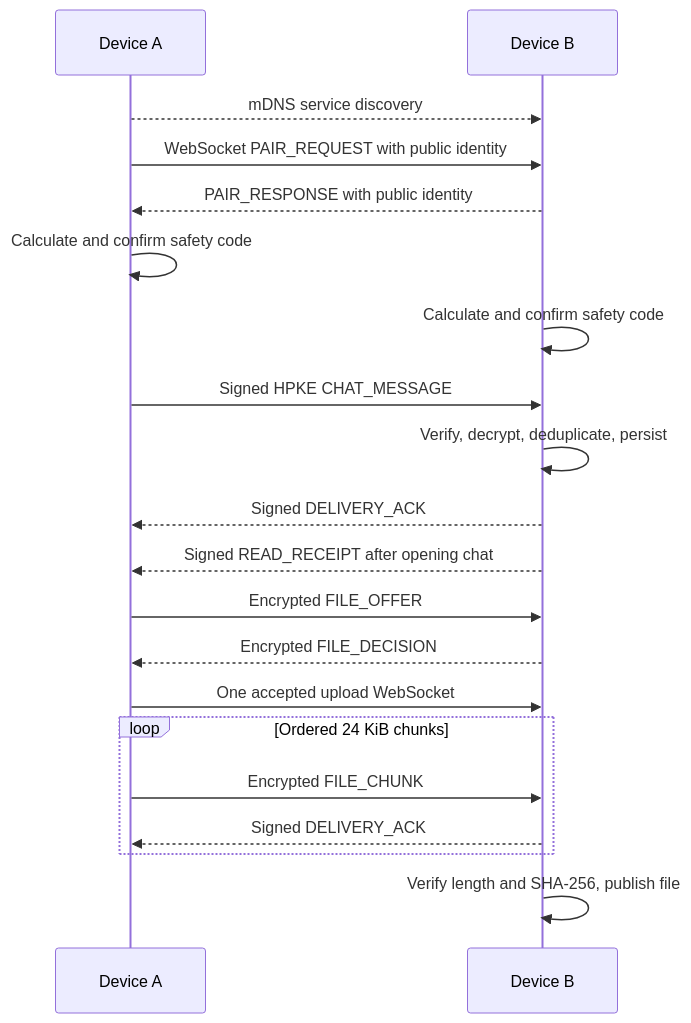
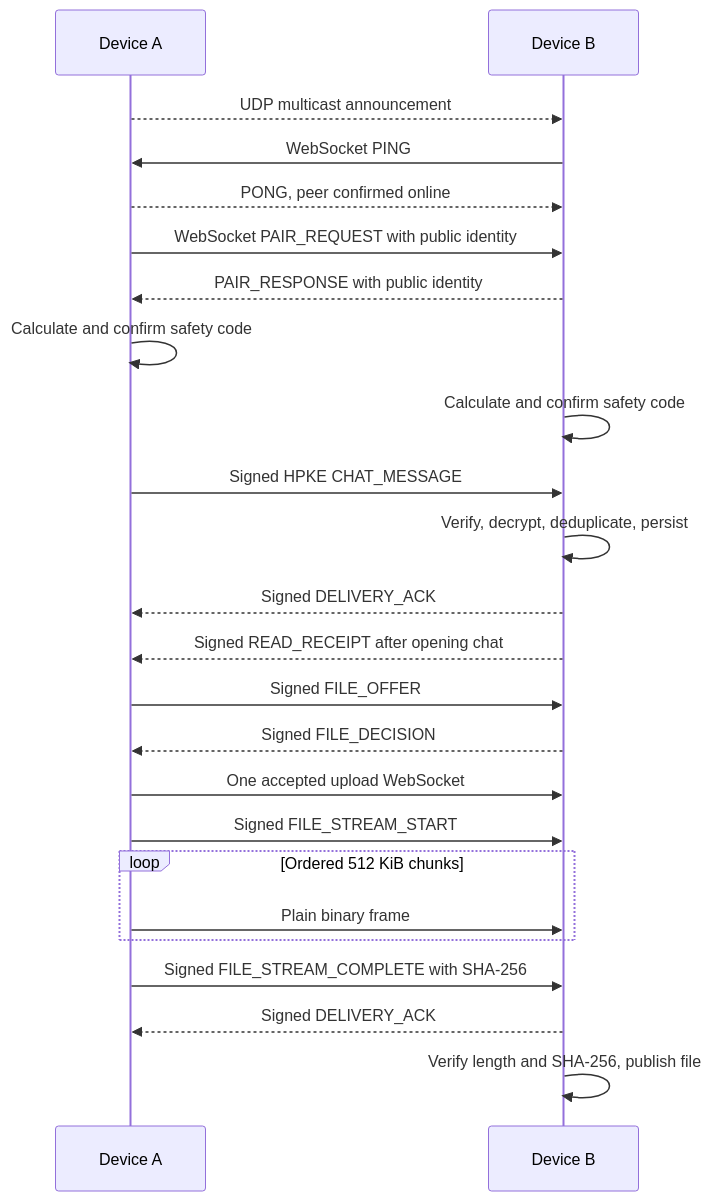
The third of 3 diagrams in docs/ARCHITECTURE.md (x2ink/subnetdrop), drawn with Mermaid before and after one commit. The commit also changed other lines of this file and 39 other files, not shown here.

````diff
--- a/docs/ARCHITECTURE.md
+++ b/docs/ARCHITECTURE.md
@@ -84,22 +86,26 @@
 ```mermaid
 sequenceDiagram
     participant A as Device A
     participant B as Device B
-    A-->>B: mDNS service discovery
+    A-->>B: UDP multicast announcement
+    B->>A: WebSocket PING
+    A-->>B: PONG, peer confirmed online
     A->>B: WebSocket PAIR_REQUEST with public identity
     B-->>A: PAIR_RESPONSE with public identity
     A->>A: Calculate and confirm safety code
     B->>B: Calculate and confirm safety code
     A->>B: Signed HPKE CHAT_MESSAGE
     B->>B: Verify, decrypt, deduplicate, persist
     B-->>A: Signed DELIVERY_ACK
     B-->>A: Signed READ_RECEIPT after opening chat
-    A->>B: Encrypted FILE_OFFER
-    B-->>A: Encrypted FILE_DECISION
+    A->>B: Signed FILE_OFFER
+    B-->>A: Signed FILE_DECISION
     A->>B: One accepted upload WebSocket
-    loop Ordered 24 KiB chunks
-        A->>B: Encrypted FILE_CHUNK
-        B-->>A: Signed DELIVERY_ACK
+    A->>B: Signed FILE_STREAM_START
+    loop Ordered 512 KiB chunks
+        A->>B: Plain binary frame
     end
+    A->>B: Signed FILE_STREAM_COMPLETE with SHA-256
+    B-->>A: Signed DELIVERY_ACK
     B->>B: Verify length and SHA-256, publish file
 ```
````
